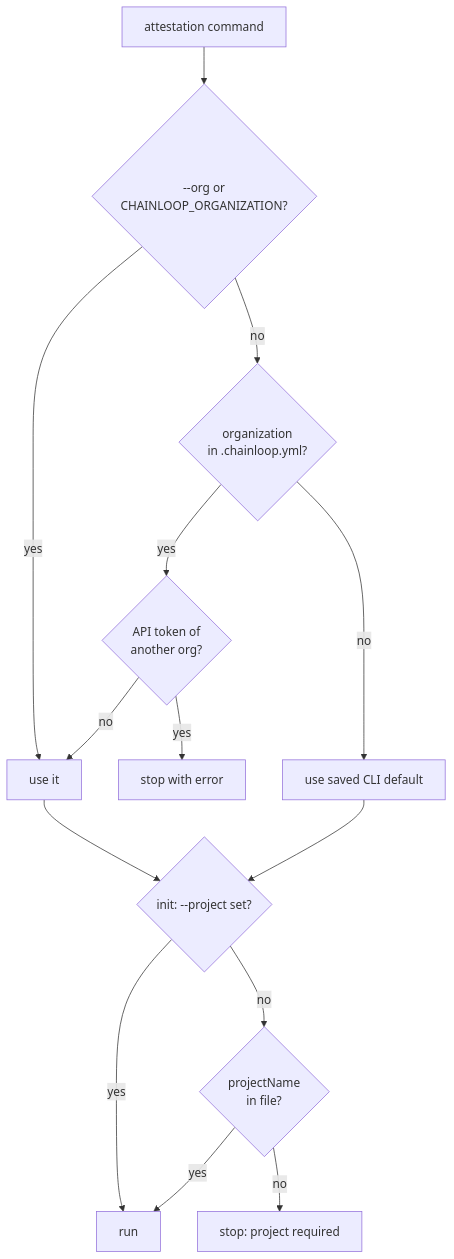
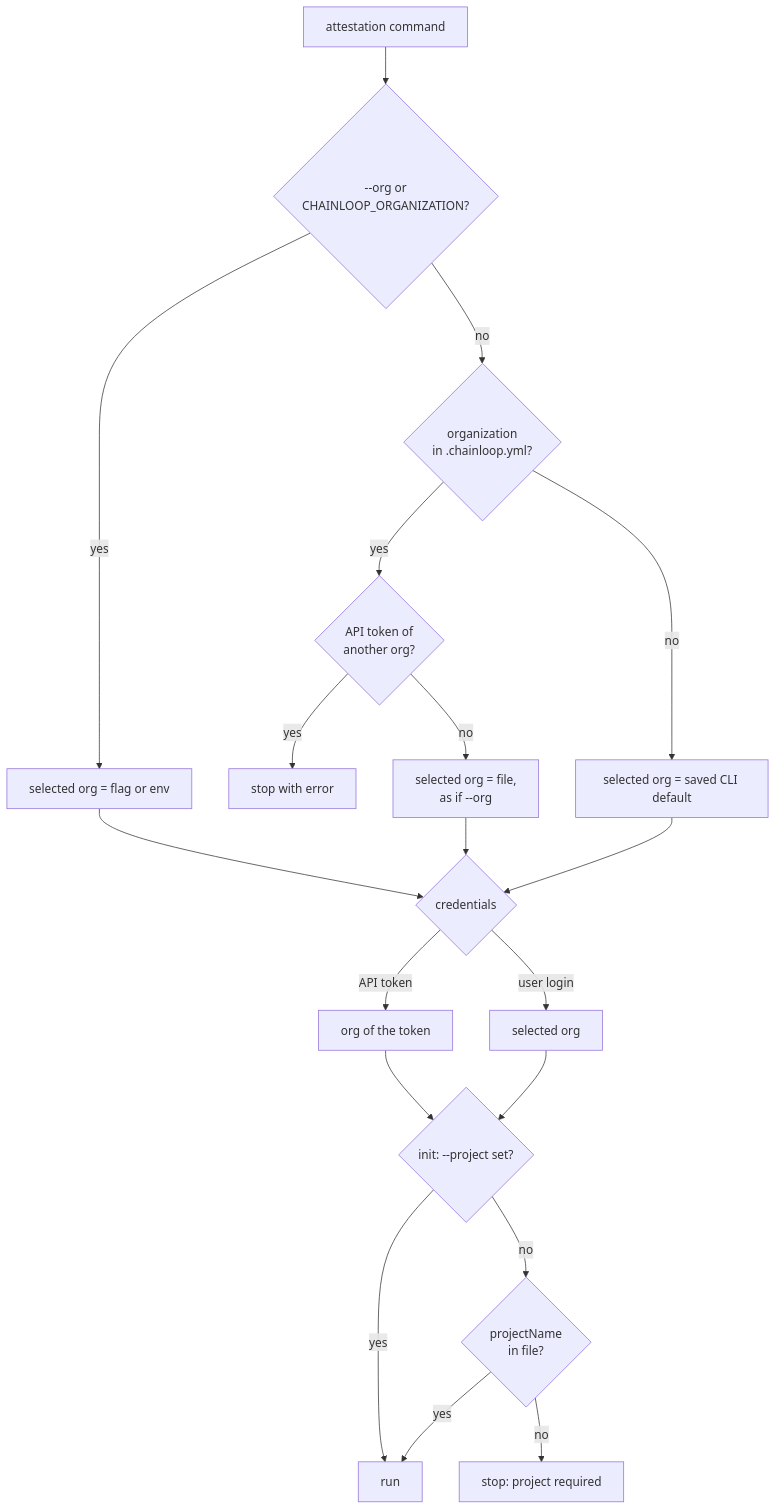
The second of 2 diagrams in docs/specs/001-attestation-repo-config.md (chainloop-dev/chainloop), drawn with Mermaid before and after one commit. The commit also changed other lines of this file, not shown here.

Commit message:
spec: 001 treat the file organization like --org
The organization in .chainloop.yml now has the same effect as --org,
plus the mismatch check for API tokens.

Refs #3063

Chainloop-Trace-Sessions: d332cce4-e405-417d-b4de-1fbb0730319a

````diff
--- a/docs/specs/001-attestation-repo-config.md
+++ b/docs/specs/001-attestation-repo-config.md
@@ -85,16 +88,21 @@
 ```mermaid
 flowchart TD
   A[attestation command] --> B{--org or<br/>CHAINLOOP_ORGANIZATION?}
-  B -- yes --> O[use it]
+  B -- yes --> S[selected org = flag or env]
   B -- no --> C{organization<br/>in .chainloop.yml?}
   C -- yes --> T{API token of<br/>another org?}
   T -- yes --> E[stop with error]
-  T -- no --> O
-  C -- no --> D[use saved CLI default]
-  O --> P{init: --project set?}
-  D --> P
+  T -- no --> F[selected org = file,<br/>as if --org]
+  C -- no --> D[selected org = saved CLI default]
+  S --> K{credentials}
+  F --> K
+  D --> K
+  K -- API token --> KT[org of the token]
+  K -- user login --> KU[selected org]
+  KT --> P{init: --project set?}
+  KU --> P
   P -- yes --> R[run]
   P -- no --> Q{projectName<br/>in file?}
   Q -- yes --> R
   Q -- no --> X[stop: project required]
 ```
````
